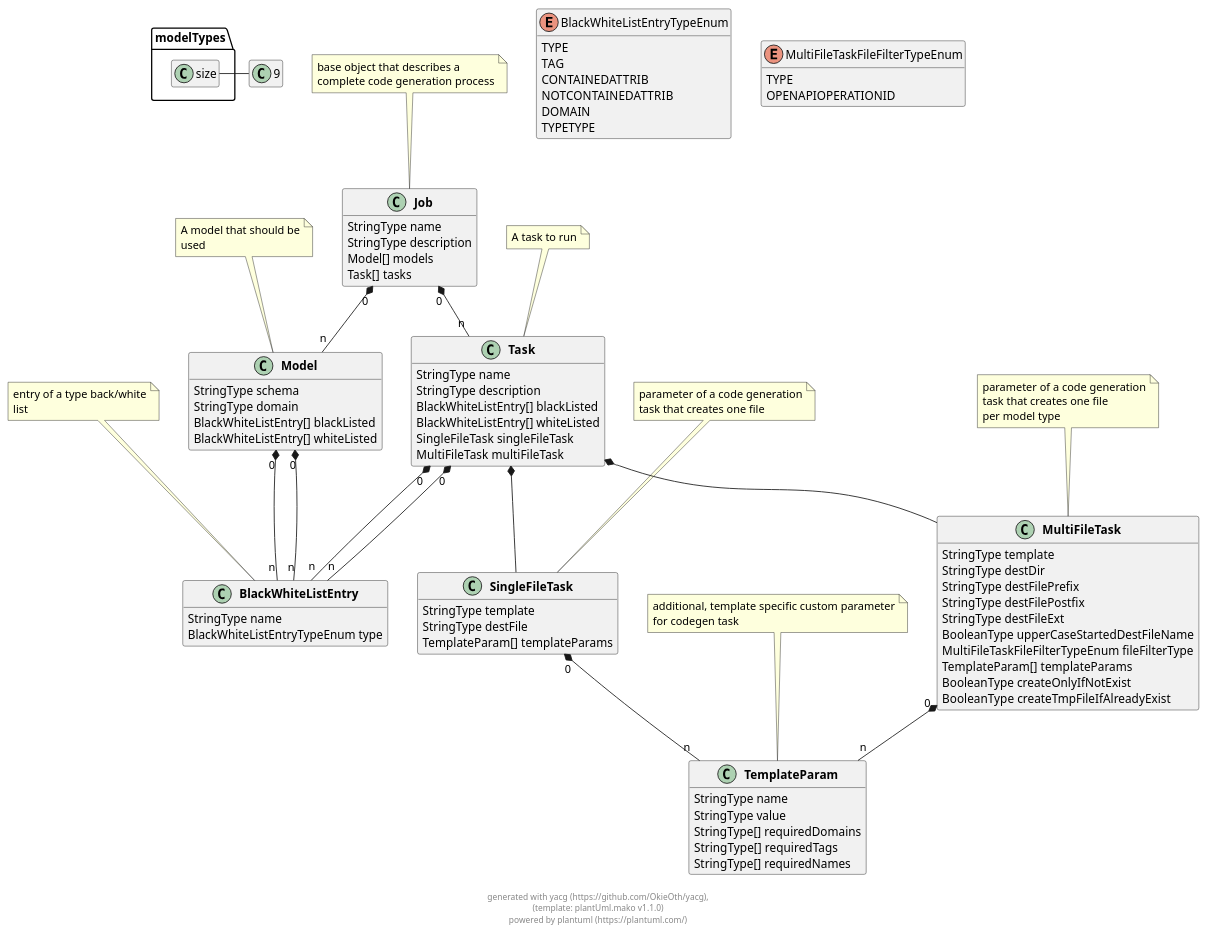
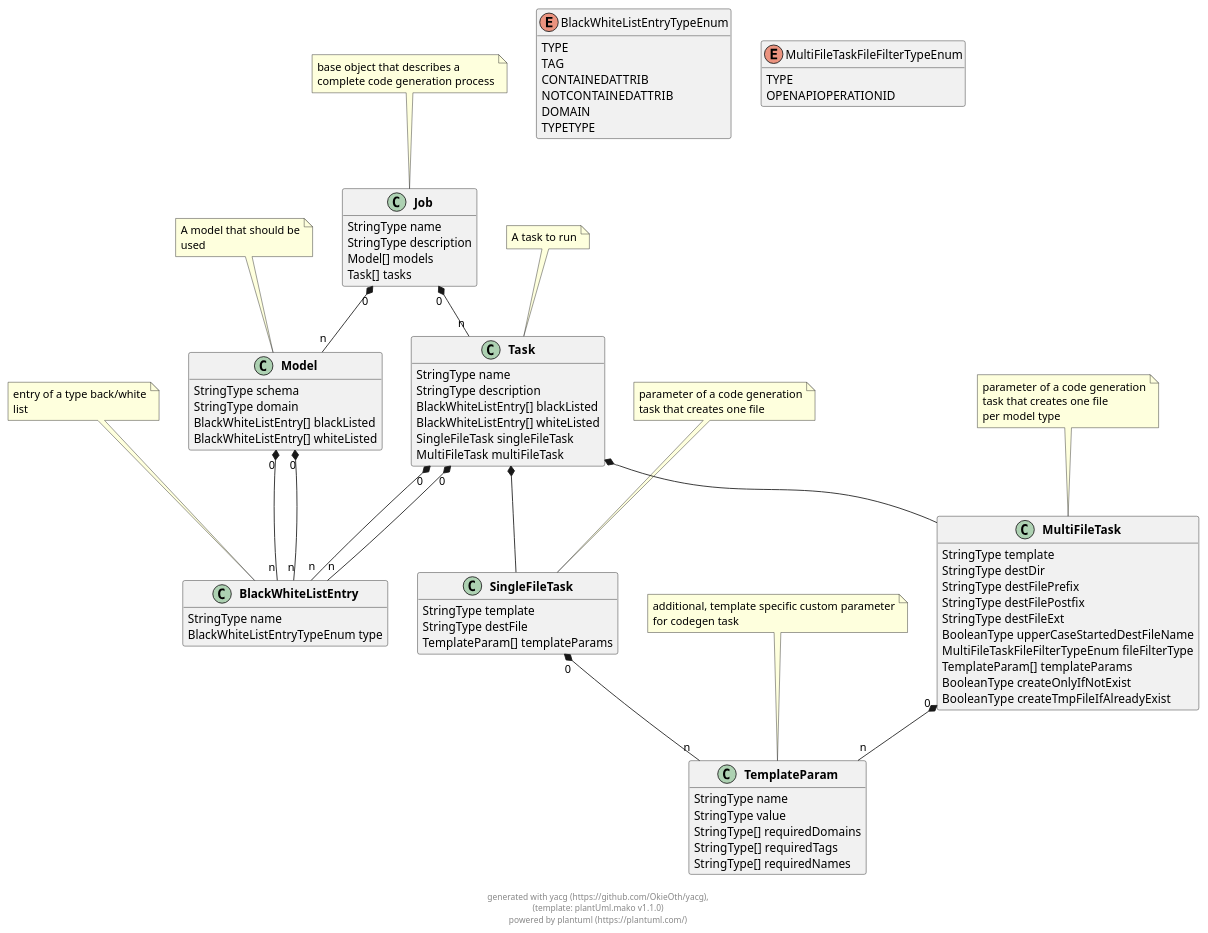
The diagram in docs/puml/yacg_config_schema.puml (OkieOth/yacg), drawn with PlantUML before and after one commit. The commit also changed 10 other files, not shown here.

```diff
--- a/docs/puml/yacg_config_schema.puml
+++ b/docs/puml/yacg_config_schema.puml
@@ -2,154 +2,152 @@
 @startuml
 hide empty methods
 hide empty fields
-
-modelTypes.size = 9
 
 
 class "**Job**" as Job {
         StringType name
         StringType description
         Model[] models
         Task[] tasks
 }
 note top: base object that describes a\ncomplete code generation process
 
  
 
 class "**Model**" as Model {
         StringType schema
         StringType domain
         BlackWhiteListEntry[] blackListed
         BlackWhiteListEntry[] whiteListed
 }
 note top: A model that should be\nused
 
  
 
 class "**Task**" as Task {
         StringType name
         StringType description
         BlackWhiteListEntry[] blackListed
         BlackWhiteListEntry[] whiteListed
         SingleFileTask singleFileTask
         MultiFileTask multiFileTask
 }
 note top: A task to run
 
  
 
 class "**BlackWhiteListEntry**" as BlackWhiteListEntry {
         StringType name
         BlackWhiteListEntryTypeEnum type
 }
 note top: entry of a type back/white\nlist
 
  
 
 enum "BlackWhiteListEntryTypeEnum" as BlackWhiteListEntryTypeEnum {
     TYPE
     TAG
     CONTAINEDATTRIB
     NOTCONTAINEDATTRIB
     DOMAIN
     TYPETYPE
 }
 
 class "**SingleFileTask**" as SingleFileTask {
         StringType template
         StringType destFile
         TemplateParam[] templateParams
 }
 note top: parameter of a code generation\ntask that creates one file
 
  
 
 class "**TemplateParam**" as TemplateParam {
         StringType name
         StringType value
         StringType[] requiredDomains
         StringType[] requiredTags
         StringType[] requiredNames
 }
 note top: additional, template specific custom parameter\nfor codegen task
 
  
 
 class "**MultiFileTask**" as MultiFileTask {
         StringType template
         StringType destDir
         StringType destFilePrefix
         StringType destFilePostfix
         StringType destFileExt
         BooleanType upperCaseStartedDestFileName
         MultiFileTaskFileFilterTypeEnum fileFilterType
         TemplateParam[] templateParams
         BooleanType createOnlyIfNotExist
         BooleanType createTmpFileIfAlreadyExist
 }
 note top: parameter of a code generation\ntask that creates one file\nper model type
 
  
 
 enum "MultiFileTaskFileFilterTypeEnum" as MultiFileTaskFileFilterTypeEnum {
     TYPE
     OPENAPIOPERATIONID
 }
 
 
     
 
 
 Job "0" *-- "n" Model
 
 Job "0" *-- "n" Task
 
     
 
 
 Model "0" *-- "n" BlackWhiteListEntry
 
 Model "0" *-- "n" BlackWhiteListEntry
 
     
 
 
 Task "0" *-- "n" BlackWhiteListEntry
 
 Task "0" *-- "n" BlackWhiteListEntry
 
 Task  *--  SingleFileTask
 
 Task  *--  MultiFileTask
 
     
 
 
     
     
 
 
 SingleFileTask "0" *-- "n" TemplateParam
 
     
 
 
 
 
 
     
 
 
 
 
 
 
 
 MultiFileTask "0" *-- "n" TemplateParam
 
 
 
     
 
 footer \ngenerated with yacg (https://github.com/OkieOth/yacg),\n(template: plantUml.mako v1.1.0)\npowered by plantuml (https://plantuml.com/)
 @enduml
```
